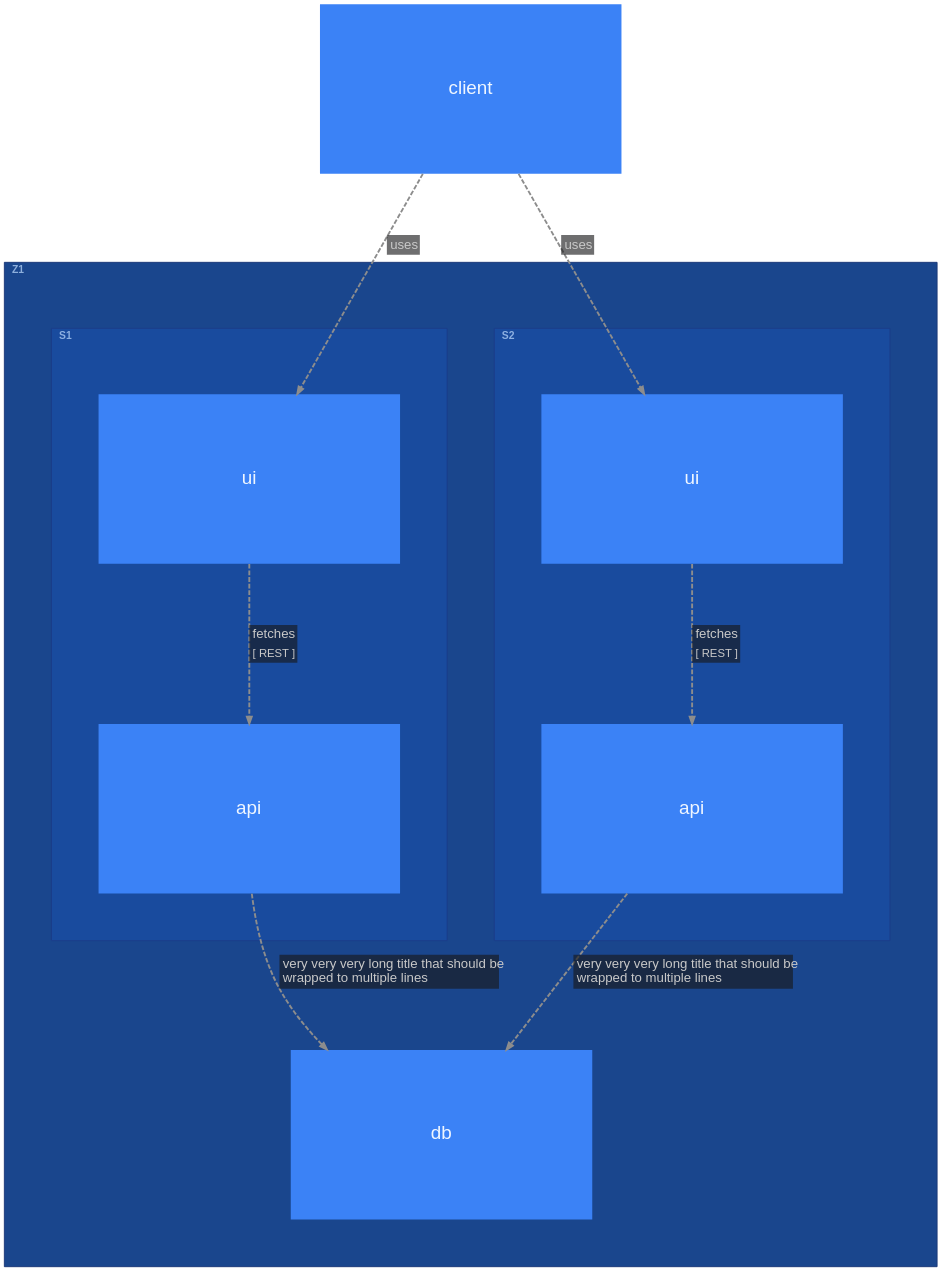
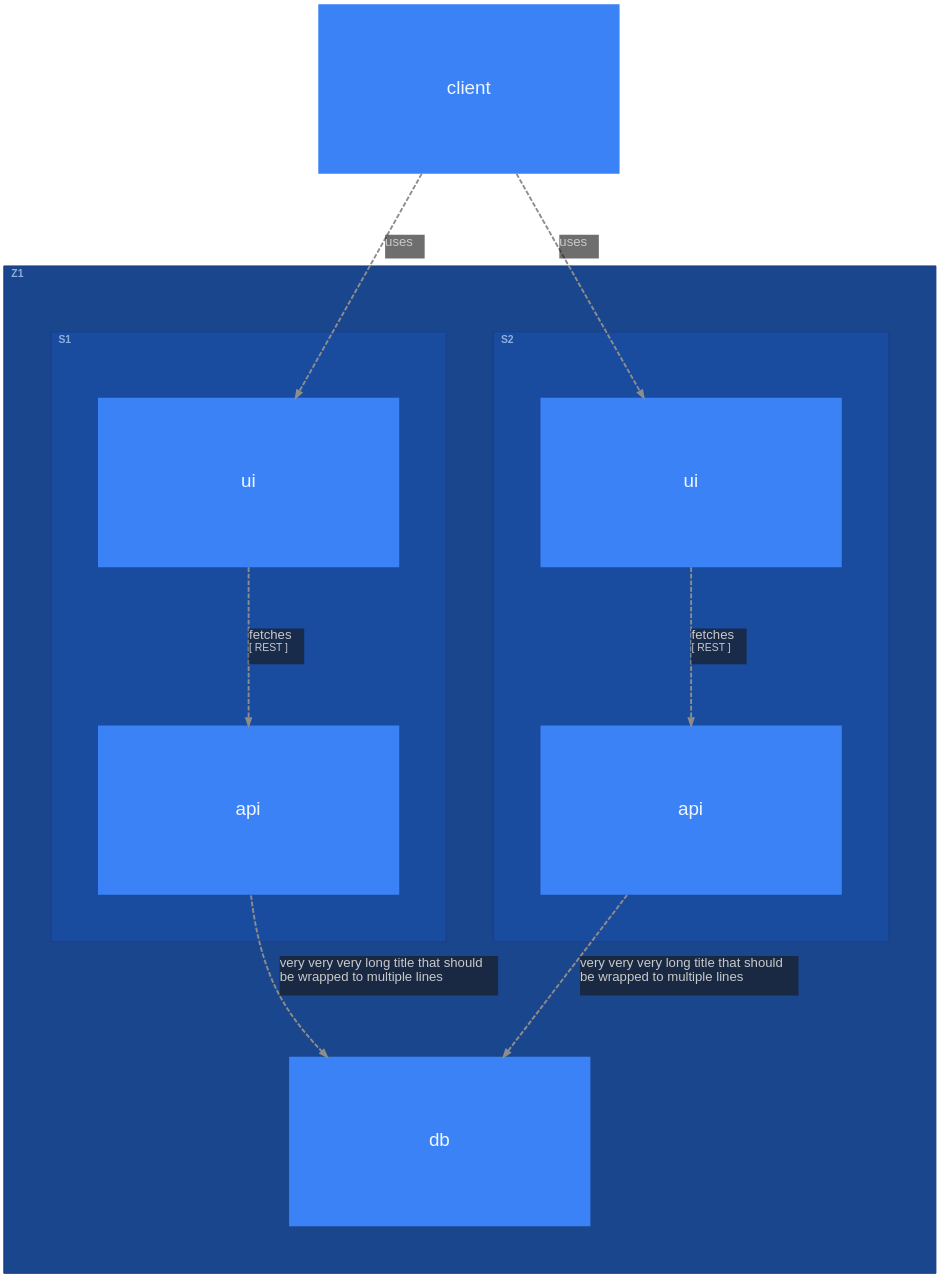
Before and after one commit to likec4/likec4: the diagram in packages/layouts/src/graphviz/__snapshots__/DeploymentViewPrinter-index.dot, drawn with Graphviz. The commit also changed 48 other files, not shown here.

First line of the commit message:
feat: measure relationship labels with the diagram font

```diff
--- a/packages/layouts/src/graphviz/__snapshots__/DeploymentViewPrinter-index.dot
+++ b/packages/layouts/src/graphviz/__snapshots__/DeploymentViewPrinter-index.dot
@@ -1,170 +1,170 @@
 digraph {
   likec4_viewId = "index";
   bgcolor = "transparent";
   layout = "dot";
   compound = true;
   rankdir = "TB";
   splines = "spline";
   outputorder = "nodesfirst";
   nodesep = 1.806;
   ranksep = 1.806;
   pad = 0.209;
   fontname = "Arial";
   newrank = true;
   clusterrank = "global";
   graph [
     fontsize = 20;
     labeljust = "l";
     labelloc = "t";
     margin = 50.1;
   ];
   edge [
     arrowsize = 0.75;
     fontname = "Arial";
     fontsize = 14;
     penwidth = 2;
     color = "#8D8D8D";
     fontcolor = "#C9C9C9";
     style = "dashed";
   ];
   node [
     fontname = "Arial";
     shape = "rect";
     fillcolor = "#3b82f6";
     fontcolor = "#eff6ff";
     color = "#2563eb";
     style = "filled";
     penwidth = 0;
   ];
   "client" [
     likec4_id = "client";
     likec4_level = 0;
     label = <<FONT POINT-SIZE="20">client</FONT>>;
     margin = "0.223,0.223";
     width = 4.445;
     height = 2.5;
   ];
   "ui" [
     likec4_id = "z1.s1.ui";
     likec4_level = 2;
     label = <<FONT POINT-SIZE="20">ui</FONT>>;
     margin = "0.223,0.223";
     width = 4.445;
     height = 2.5;
   ];
   "ui_1" [
     likec4_id = "z1.s2.ui";
     likec4_level = 2;
     label = <<FONT POINT-SIZE="20">ui</FONT>>;
     margin = "0.223,0.223";
     width = 4.445;
     height = 2.5;
   ];
   "api" [
     likec4_id = "z1.s1.api";
     likec4_level = 2;
     label = <<FONT POINT-SIZE="20">api</FONT>>;
     margin = "0.223,0.223";
     width = 4.445;
     height = 2.5;
   ];
   "api_1" [
     likec4_id = "z1.s2.api";
     likec4_level = 2;
     label = <<FONT POINT-SIZE="20">api</FONT>>;
     margin = "0.223,0.223";
     width = 4.445;
     height = 2.5;
   ];
   "db" [
     likec4_id = "z1.db";
     likec4_level = 1;
     label = <<FONT POINT-SIZE="20">db</FONT>>;
     margin = "0.223,0.223";
     width = 4.445;
     height = 2.5;
   ];
   subgraph "cluster_z1" {
     likec4_id = "z1";
     likec4_level = 0;
     likec4_depth = 2;
     fillcolor = "#1a468d";
     color = "#1c3979";
     style = "filled";
     margin = 50;
     label = <<FONT POINT-SIZE="11" COLOR="#bfdbfeb3"><B>Z1</B></FONT>>;
     "db";
     subgraph "cluster_s1" {
       likec4_id = "z1.s1";
       likec4_level = 1;
       likec4_depth = 1;
       fillcolor = "#194b9e";
       color = "#1b3d88";
       style = "filled";
       margin = 50;
       label = <<FONT POINT-SIZE="11" COLOR="#bfdbfeb3"><B>S1</B></FONT>>;
       "ui";
       "api";
     }
     subgraph "cluster_s2" {
       likec4_id = "z1.s2";
       likec4_level = 1;
       likec4_depth = 1;
       fillcolor = "#194b9e";
       color = "#1b3d88";
       style = "filled";
       margin = 50;
       label = <<FONT POINT-SIZE="11" COLOR="#bfdbfeb3"><B>S2</B></FONT>>;
       "ui_1";
       "api_1";
     }
   }
   subgraph {
     rank = "same";
     "ui";
     "ui_1";
   }
   subgraph {
     rank = "same";
     "api";
     "api_1";
   }
   "client" -> "ui" [
     likec4_id = "7dqxgw";
     style = "dashed";
-    label = <<TABLE BORDER="0" CELLPADDING="3" CELLSPACING="0" BGCOLOR="#18191BA0"><TR><TD ALIGN="TEXT" BALIGN="LEFT"><FONT POINT-SIZE="14">uses</FONT></TD></TR></TABLE>>;
+    label = <<TABLE FIXEDSIZE="TRUE" WIDTH="42" HEIGHT="25" BORDER="0" CELLPADDING="0" CELLSPACING="0" BGCOLOR="#18191BA0"><TR><TD ALIGN="TEXT" BALIGN="LEFT"><FONT POINT-SIZE="14">uses</FONT></TD></TR></TABLE>>;
     arrowhead = "normal";
   ];
   "client" -> "ui_1" [
     likec4_id = "7drqs3";
     style = "dashed";
-    label = <<TABLE BORDER="0" CELLPADDING="3" CELLSPACING="0" BGCOLOR="#18191BA0"><TR><TD ALIGN="TEXT" BALIGN="LEFT"><FONT POINT-SIZE="14">uses</FONT></TD></TR></TABLE>>;
+    label = <<TABLE FIXEDSIZE="TRUE" WIDTH="42" HEIGHT="25" BORDER="0" CELLPADDING="0" CELLSPACING="0" BGCOLOR="#18191BA0"><TR><TD ALIGN="TEXT" BALIGN="LEFT"><FONT POINT-SIZE="14">uses</FONT></TD></TR></TABLE>>;
     arrowhead = "normal";
   ];
   "ui" -> "api" [
     likec4_id = "1tp0394";
     style = "dashed";
     weight = 3;
-    label = <<TABLE BORDER="0" CELLPADDING="3" CELLSPACING="0" BGCOLOR="#18191BA0"><TR><TD ALIGN="TEXT" BALIGN="LEFT"><FONT POINT-SIZE="14">fetches</FONT></TD></TR><TR><TD ALIGN="TEXT" BALIGN="LEFT"><FONT POINT-SIZE="12">[ REST ]</FONT></TD></TR></TABLE>>;
+    label = <<TABLE FIXEDSIZE="TRUE" WIDTH="59" HEIGHT="38" BORDER="0" CELLPADDING="0" CELLSPACING="0" BGCOLOR="#18191BA0"><TR><TD ALIGN="TEXT" BALIGN="LEFT"><FONT POINT-SIZE="14">fetches</FONT></TD></TR><TR><TD ALIGN="TEXT" BALIGN="LEFT"><FONT POINT-SIZE="11">[ REST ]</FONT></TD></TR></TABLE>>;
     arrowhead = "normal";
   ];
   "ui_1" -> "api_1" [
     likec4_id = "ugfmg";
     style = "dashed";
     weight = 3;
-    label = <<TABLE BORDER="0" CELLPADDING="3" CELLSPACING="0" BGCOLOR="#18191BA0"><TR><TD ALIGN="TEXT" BALIGN="LEFT"><FONT POINT-SIZE="14">fetches</FONT></TD></TR><TR><TD ALIGN="TEXT" BALIGN="LEFT"><FONT POINT-SIZE="12">[ REST ]</FONT></TD></TR></TABLE>>;
+    label = <<TABLE FIXEDSIZE="TRUE" WIDTH="59" HEIGHT="38" BORDER="0" CELLPADDING="0" CELLSPACING="0" BGCOLOR="#18191BA0"><TR><TD ALIGN="TEXT" BALIGN="LEFT"><FONT POINT-SIZE="14">fetches</FONT></TD></TR><TR><TD ALIGN="TEXT" BALIGN="LEFT"><FONT POINT-SIZE="11">[ REST ]</FONT></TD></TR></TABLE>>;
     arrowhead = "normal";
   ];
   "api" -> "db" [
     likec4_id = "1ll2ewe";
     style = "dashed";
-    label = <<TABLE BORDER="0" CELLPADDING="3" CELLSPACING="0" BGCOLOR="#18191BA0"><TR><TD ALIGN="TEXT" BALIGN="LEFT"><FONT POINT-SIZE="14">very very very long title that should be<BR/>wrapped to multiple lines</FONT></TD></TR></TABLE>>;
+    label = <<TABLE FIXEDSIZE="TRUE" WIDTH="232" HEIGHT="42" BORDER="0" CELLPADDING="0" CELLSPACING="0" BGCOLOR="#18191BA0"><TR><TD ALIGN="TEXT" BALIGN="LEFT"><FONT POINT-SIZE="14">very very very long title that should<BR/>be wrapped to multiple lines</FONT></TD></TR></TABLE>>;
     arrowhead = "normal";
   ];
   "api_1" -> "db" [
     likec4_id = "yziy5";
     style = "dashed";
-    label = <<TABLE BORDER="0" CELLPADDING="3" CELLSPACING="0" BGCOLOR="#18191BA0"><TR><TD ALIGN="TEXT" BALIGN="LEFT"><FONT POINT-SIZE="14">very very very long title that should be<BR/>wrapped to multiple lines</FONT></TD></TR></TABLE>>;
+    label = <<TABLE FIXEDSIZE="TRUE" WIDTH="232" HEIGHT="42" BORDER="0" CELLPADDING="0" CELLSPACING="0" BGCOLOR="#18191BA0"><TR><TD ALIGN="TEXT" BALIGN="LEFT"><FONT POINT-SIZE="14">very very very long title that should<BR/>be wrapped to multiple lines</FONT></TD></TR></TABLE>>;
     arrowhead = "normal";
   ];
 }
```
